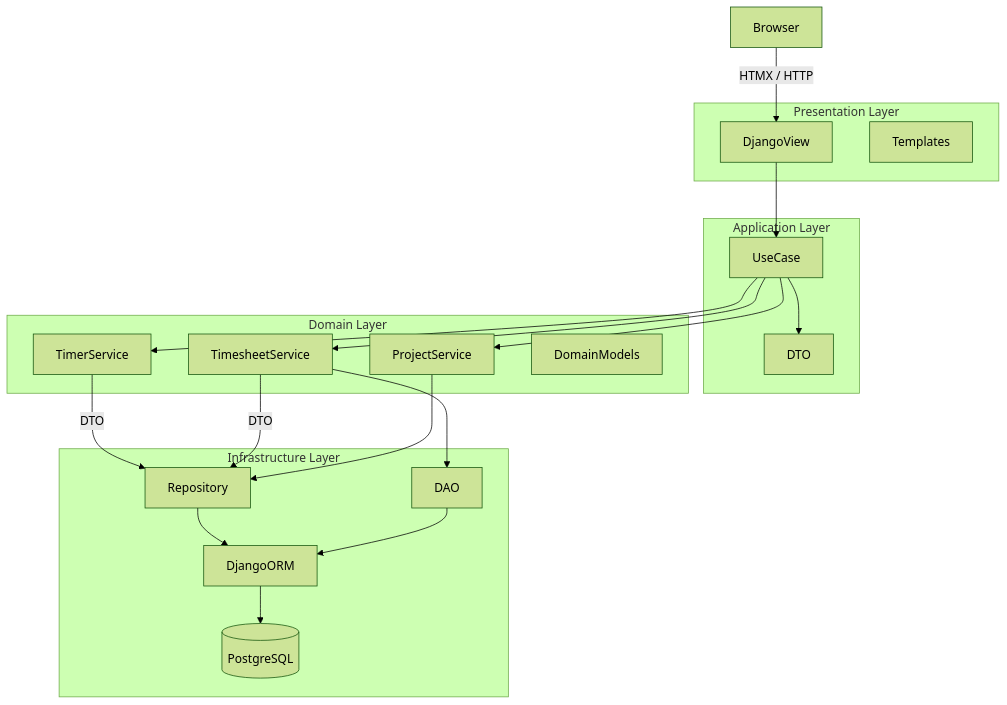
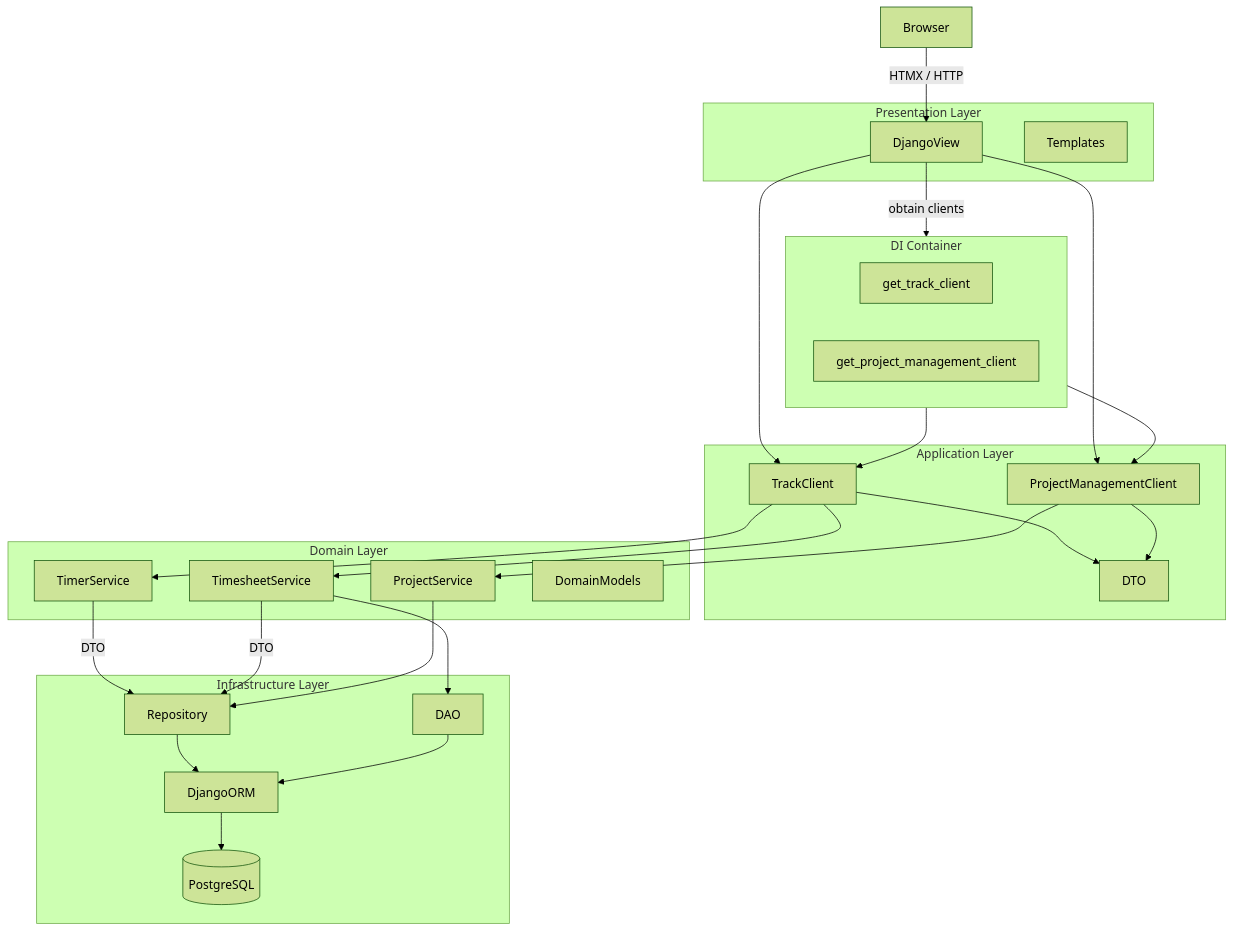
One commit to matheusses/time-tracking changed the diagram in docs/adr/architectural_decision.md. Above: the diagram before and after it, drawn with Mermaid (forest theme). The commit also changed other lines of this file and 25 other files, not shown here.

````diff
--- a/docs/adr/architectural_decision.md
+++ b/docs/adr/architectural_decision.md
@@ -29,44 +29,55 @@
 ``` mermaid
 flowchart TD
 
     Browser -->|HTMX / HTTP| DjangoView
 
     subgraph Presentation Layer
         DjangoView
         Templates
     end
 
+    subgraph DI [DI Container]
+        get_track_client
+        get_pm_client[get_project_management_client]
+    end
+
     subgraph Application Layer
-        UseCase
+        TrackClient
+        ProjectManagementClient
         DTO
     end
 
     subgraph Domain Layer
         TimerService
         TimesheetService
         ProjectService
         DomainModels
     end
 
     subgraph Infrastructure Layer
         Repo[Repository]
         DAO[DAO]
         DjangoORM
         PostgreSQL[(PostgreSQL)]
     end
 
-    DjangoView --> UseCase
-    UseCase --> DTO
-    UseCase --> TimerService
-    UseCase --> TimesheetService
-    UseCase --> ProjectService
+    DjangoView -->|"obtain clients"| DI
+    DI --> TrackClient
+    DI --> ProjectManagementClient
+    DjangoView --> TrackClient
+    DjangoView --> ProjectManagementClient
+    TrackClient --> DTO
+    ProjectManagementClient --> DTO
+    TrackClient --> TimerService
+    TrackClient --> TimesheetService
+    ProjectManagementClient --> ProjectService
 
     TimerService -->|DTO| Repo
     TimesheetService -->|DTO| Repo
     TimesheetService --> DAO
     ProjectService --> Repo
 
     Repo --> DjangoORM
     DAO --> DjangoORM
     DjangoORM --> PostgreSQL
 ```
````
